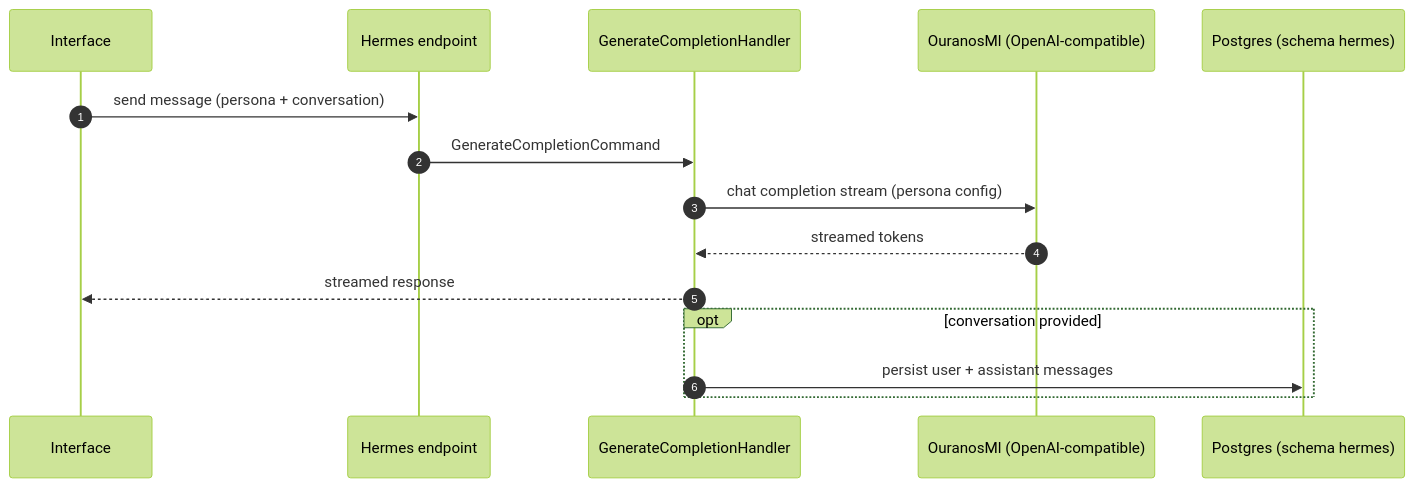
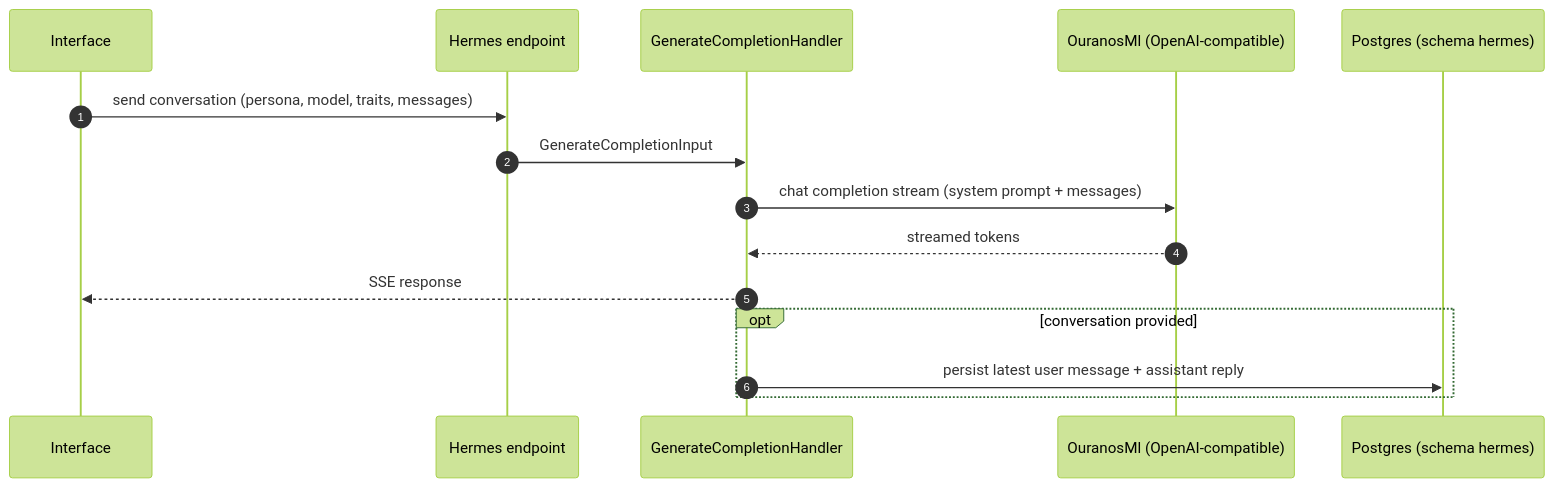
The sixth of 6 diagrams in docs/architecture/06-runtime-view.md (davwales/ouranos-pantheon), drawn with Mermaid (forest theme) before and after one commit. The commit also changed other lines of this file and 20 other files, not shown here.

````diff
--- a/docs/architecture/06-runtime-view.md
+++ b/docs/architecture/06-runtime-view.md
@@ -149,18 +168,18 @@
 ```mermaid
 sequenceDiagram
     autonumber
     participant UI as Interface
     participant EP as Hermes endpoint
     participant H as GenerateCompletionHandler
     participant ML as OuranosMl (OpenAI-compatible)
     participant DB as Postgres (schema hermes)
 
-    UI ->> EP: send message (persona + conversation)
-    EP ->> H: GenerateCompletionCommand
-    H ->> ML: chat completion stream (persona config)
+    UI ->> EP: send conversation (persona, model, traits, messages)
+    EP ->> H: GenerateCompletionInput
+    H ->> ML: chat completion stream (system prompt + messages)
     ML -->> H: streamed tokens
-    H -->> UI: streamed response
+    H -->> UI: SSE response
     opt conversation provided
-        H ->> DB: persist user + assistant messages
+        H ->> DB: persist latest user message + assistant reply
     end
 ```
````
